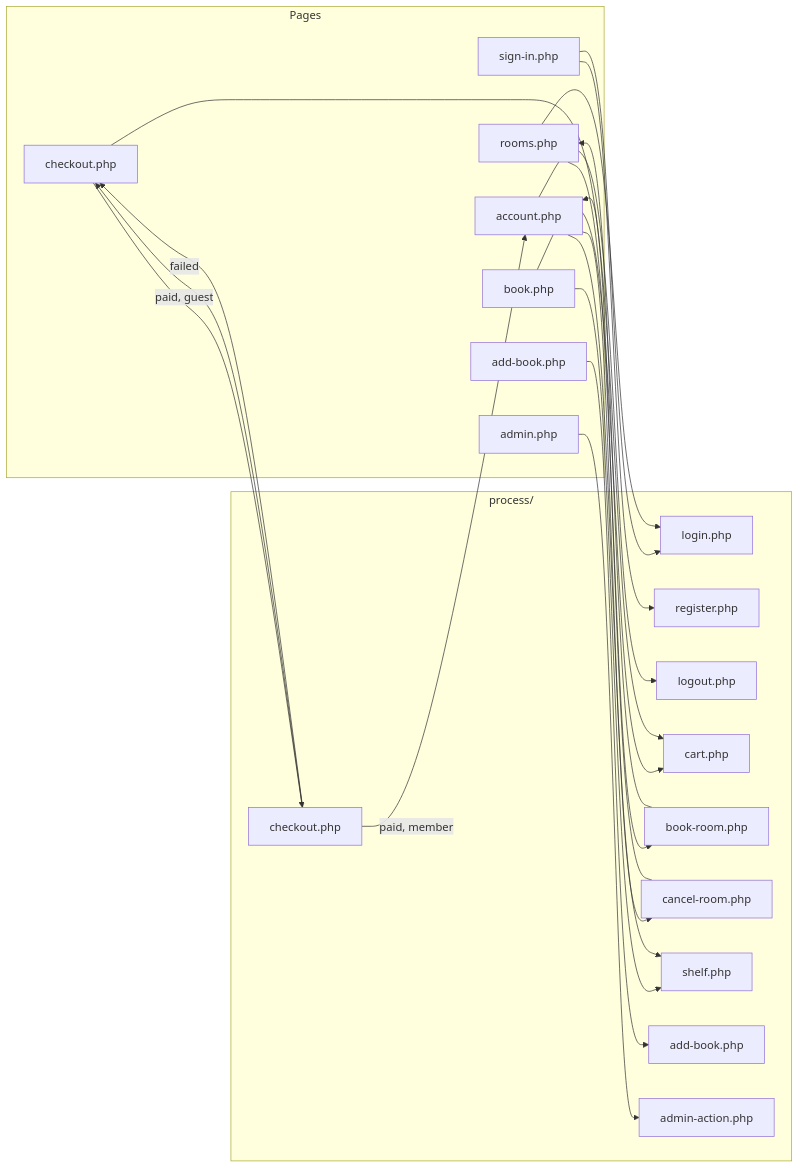
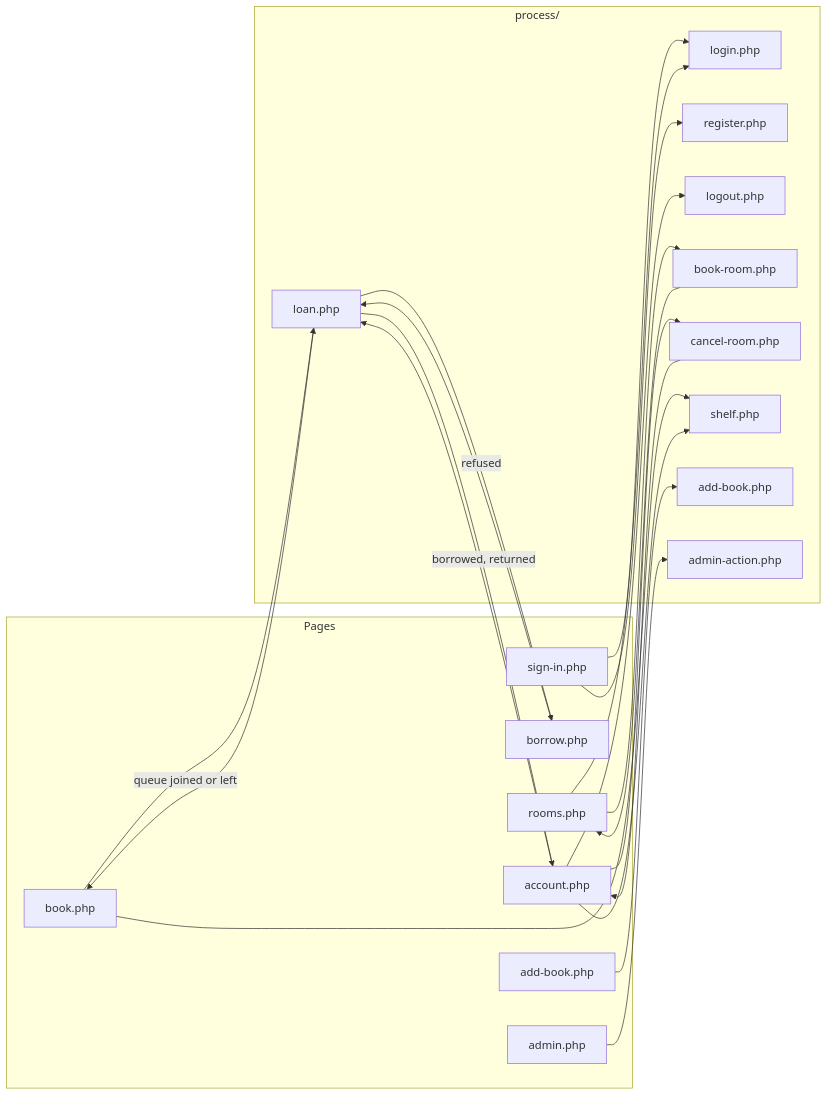
One commit to vionyp/IE4727-F35-DG14 changed the second of 2 diagrams in booknest/docs/SITEMAP.md. Above: the diagram before and after it, drawn with Mermaid. The commit also changed other lines of this file and 41 other files, not shown here.

````diff
--- a/booknest/docs/SITEMAP.md
+++ b/booknest/docs/SITEMAP.md
@@ -66,36 +70,35 @@
 ```mermaid
 flowchart LR
     subgraph Pages
       I[sign-in.php]
       B[book.php]
-      K[checkout.php]
+      K[borrow.php]
       S[rooms.php]
       A[account.php]
       N[add-book.php]
       D[admin.php]
     end
     subgraph process/
       L[login.php]
       G[register.php]
       O[logout.php]
-      CT[cart.php]
-      CO[checkout.php]
+      LN[loan.php]
       BR[book-room.php]
       CR[cancel-room.php]
       SH[shelf.php]
       AB[add-book.php]
       AA[admin-action.php]
     end
     I --> L & G
-    B --> CT & SH
-    K --> CT & CO
+    B --> LN & SH
+    K --> LN
     S --> BR & L
-    A --> CR & SH & O
+    A --> LN & CR & SH & O
     N --> AB
     D --> AA
-    CO -->|paid, member| A
-    CO -->|paid, guest| K
-    CO -->|failed| K
+    LN -->|borrowed, returned| A
+    LN -->|refused| K
+    LN -->|queue joined or left| B
     BR --> S
     CR --> A
 ```
````
